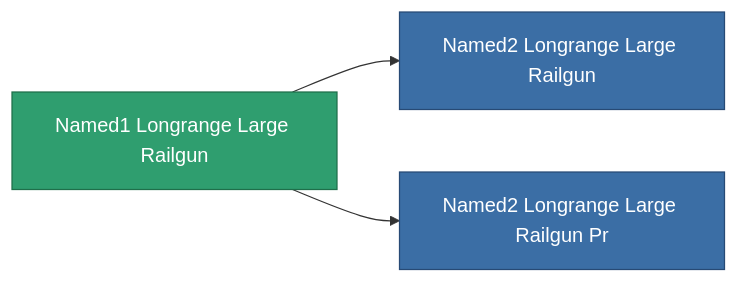
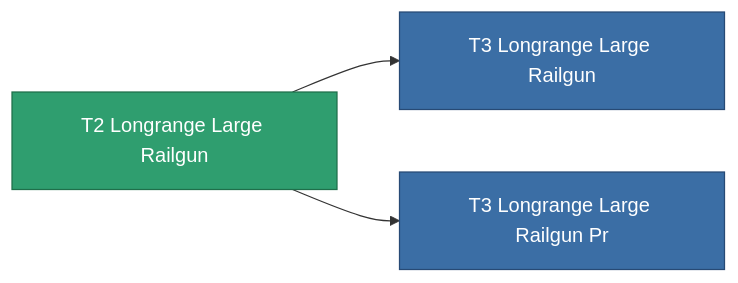
The diagram in content/content/items/named1_longrange_large_railgun.md (OpenPerpetuum/Wiki), drawn with Mermaid before and after one commit. The commit also changed other lines of this file and 4904 other files, not shown here.

````diff
--- a/content/content/items/named1_longrange_large_railgun.md
+++ b/content/content/items/named1_longrange_large_railgun.md
@@ -76,13 +54,13 @@
 ```mermaid
 graph LR
-    a["Named1 Longrange Large Railgun"]:::current
-    b["Named2 Longrange Large Railgun"]:::prod
+    a["T2 Longrange Large Railgun"]:::current
+    b["T3 Longrange Large Railgun"]:::prod
     a --> b
-    click b "/content/items/named2-longrange-large-railgun/" "Named2 Longrange Large Railgun"
-    c["Named2 Longrange Large Railgun Pr"]:::prod
+    click b "/content/items/named2-longrange-large-railgun/" "T3 Longrange Large Railgun"
+    c["T3 Longrange Large Railgun Pr"]:::prod
     a --> c
-    click c "/content/items/named2-longrange-large-railgun-pr/" "Named2 Longrange Large Railgun Pr"
+    click c "/content/items/named2-longrange-large-railgun-pr/" "T3 Longrange Large Railgun Pr"
     classDef current fill:#2f9e6f,stroke:#1f6f4a,color:#ffffff
     classDef prod fill:#3b6ea5,stroke:#274a75,color:#ffffff
     classDef more fill:#39445a,stroke:#54658a,color:#d5dbe8
 ```
````
